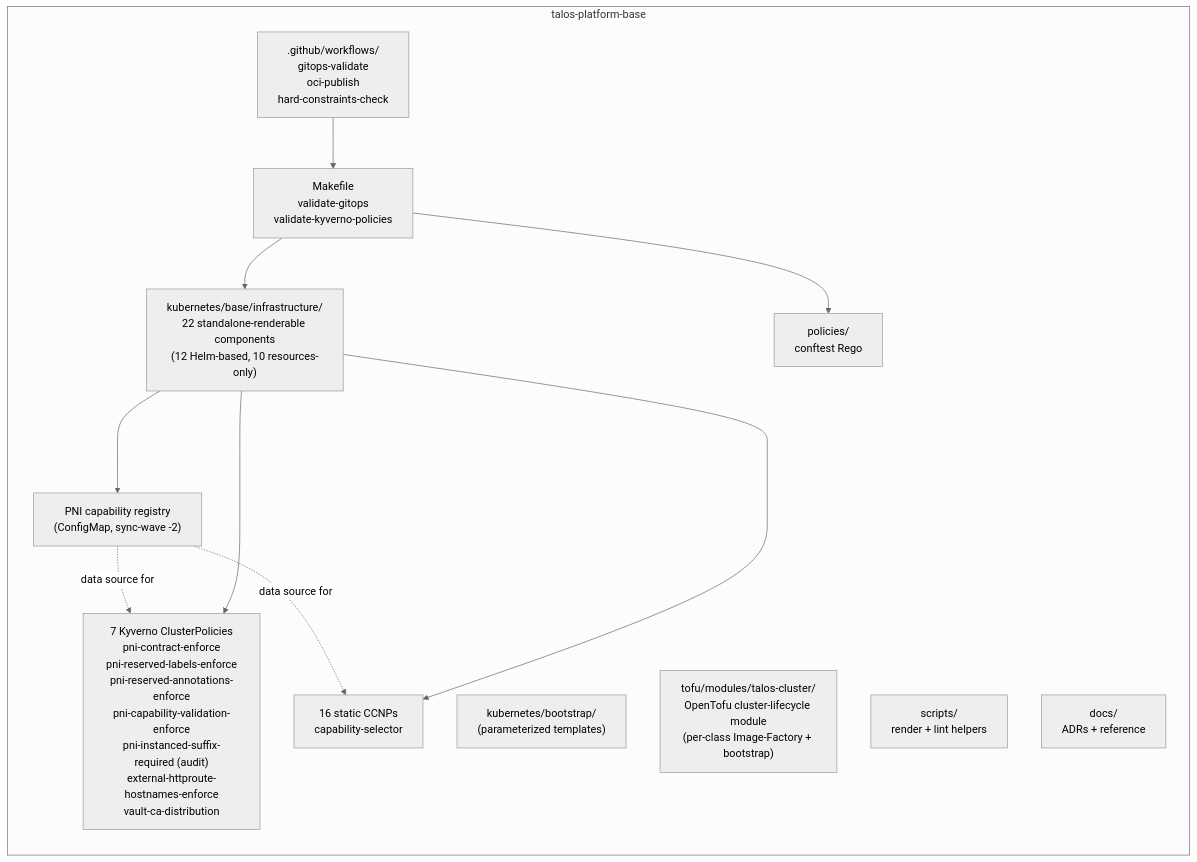
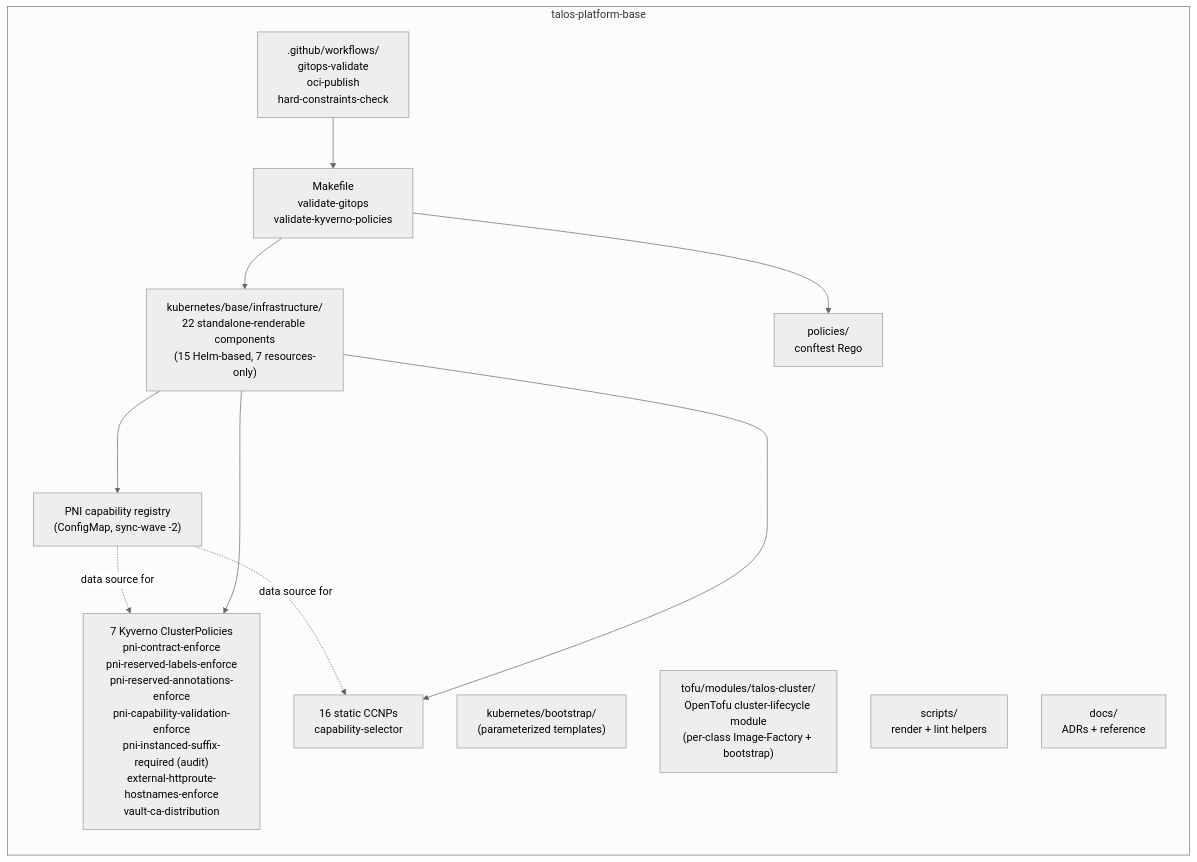
Before and after one commit to Nosmoht/talos-platform-base: the second of 4 diagrams in ARCHITECTURE.md, drawn with Mermaid. The commit also changed 2 other files, not shown here.

Commit message:
docs: address PR #112 review findings (all verified)
- HIGH: README Consume no longer instructs the ArgoCD double-install.
  `make argocd-bootstrap` still depends on `argocd-install` (helm) on
  the module-default deploy_argocd=true path; reworded to describe the
  module-seeded ArgoCD + the root App-of-Apps step, with an explicit
  #113 heads-up instead of documenting the buggy command.
- MEDIUM: day-zero corrected — the module applies the FULL ArgoCD
  render (app + CRDs) via kubectl --server-side (main.tf:657-659
  "Full ArgoCD render … converges the app the inlineManifest seeded"),
  not "CRDs alone". (The module README's CRDs-only wording is likewise
  inaccurate — flagged for #113.)
- LOW: ARCHITECTURE.md L2 component split 12/10 -> 15/7 (verified:
  22 dirs, 15 chart.lock.yaml), matching the README.
- LOW: removed the stale "README does not state the Day-Zero pattern"
  note — the v1.0.0 README now surfaces it.

Refs: #113

````diff
--- a/ARCHITECTURE.md
+++ b/ARCHITECTURE.md
@@ -146,27 +146,27 @@
 ```mermaid
 %%{init: { "theme": "neutral" } }%%
 flowchart LR
   subgraph Base["talos-platform-base"]
     direction TB
     Make[Makefile<br/>validate-gitops<br/>validate-kyverno-policies]
     Boot["kubernetes/bootstrap/<br/>(parameterized templates)"]
-    Infra["kubernetes/base/infrastructure/<br/>22 standalone-renderable components<br/>(12 Helm-based, 10 resources-only)"]
+    Infra["kubernetes/base/infrastructure/<br/>22 standalone-renderable components<br/>(15 Helm-based, 7 resources-only)"]
     Talos["tofu/modules/talos-cluster/<br/>OpenTofu cluster-lifecycle module<br/>(per-class Image-Factory + bootstrap)"]
     Pol["policies/<br/>conftest Rego"]
     Scripts["scripts/<br/>render + lint helpers"]
     Docs["docs/<br/>ADRs + reference"]
     CI[".github/workflows/<br/>gitops-validate<br/>oci-publish<br/>hard-constraints-check"]
     Reg["PNI capability registry<br/>(ConfigMap, sync-wave -2)"]
     Pol2["7 Kyverno ClusterPolicies<br/>pni-contract-enforce<br/>pni-reserved-labels-enforce<br/>pni-reserved-annotations-enforce<br/>pni-capability-validation-enforce<br/>pni-instanced-suffix-required (audit)<br/>external-httproute-hostnames-enforce<br/>vault-ca-distribution"]
     CCNP["16 static CCNPs<br/>capability-selector"]
 
     Reg -.->|"data source for"| Pol2
     Reg -.->|"data source for"| CCNP
     Infra ---> Reg
     Infra ---> Pol2
     Infra ---> CCNP
     Make --> Pol
     Make --> Infra
     CI --> Make
   end
 ```
````
